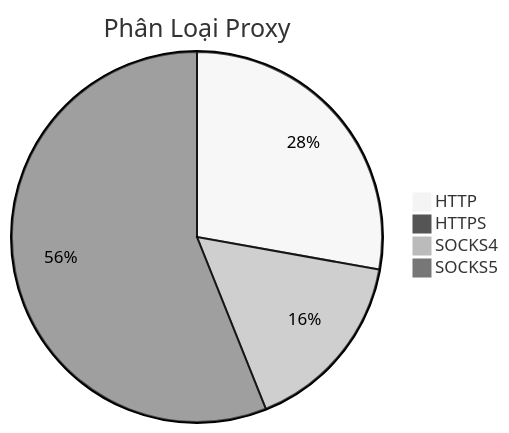
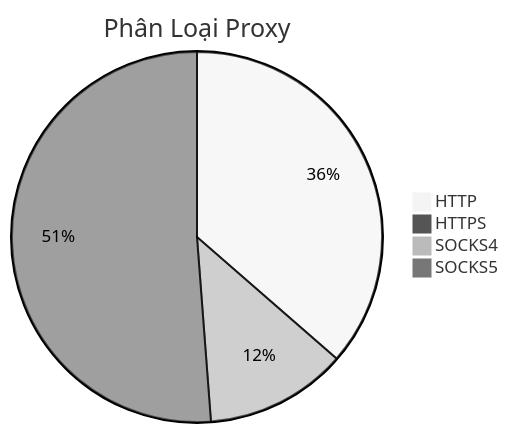
The diagram in README.md (Ciara-12/PROXY-free), drawn with Mermaid (neutral theme) before and after one commit. The commit also changed other lines of this file and 4 other files, not shown here.

````diff
--- a/README.md
+++ b/README.md
@@ -26,7 +26,7 @@
 ```mermaid
 pie title Phân Loại Proxy
-    "HTTP" : 654
-    "HTTPS" : 1
-    "SOCKS4" : 379
-    "SOCKS5" : 1318
+    "HTTP" : 1255
+    "HTTPS" : 0
+    "SOCKS4" : 427
+    "SOCKS5" : 1765
 ```
````
